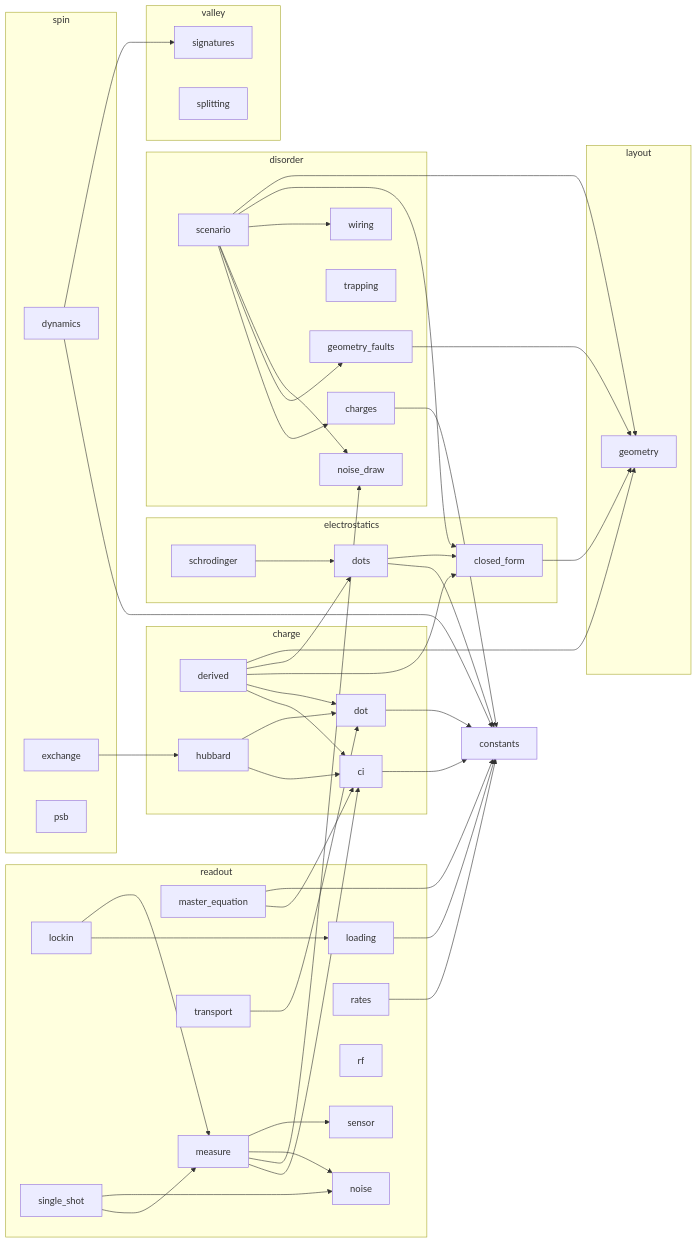
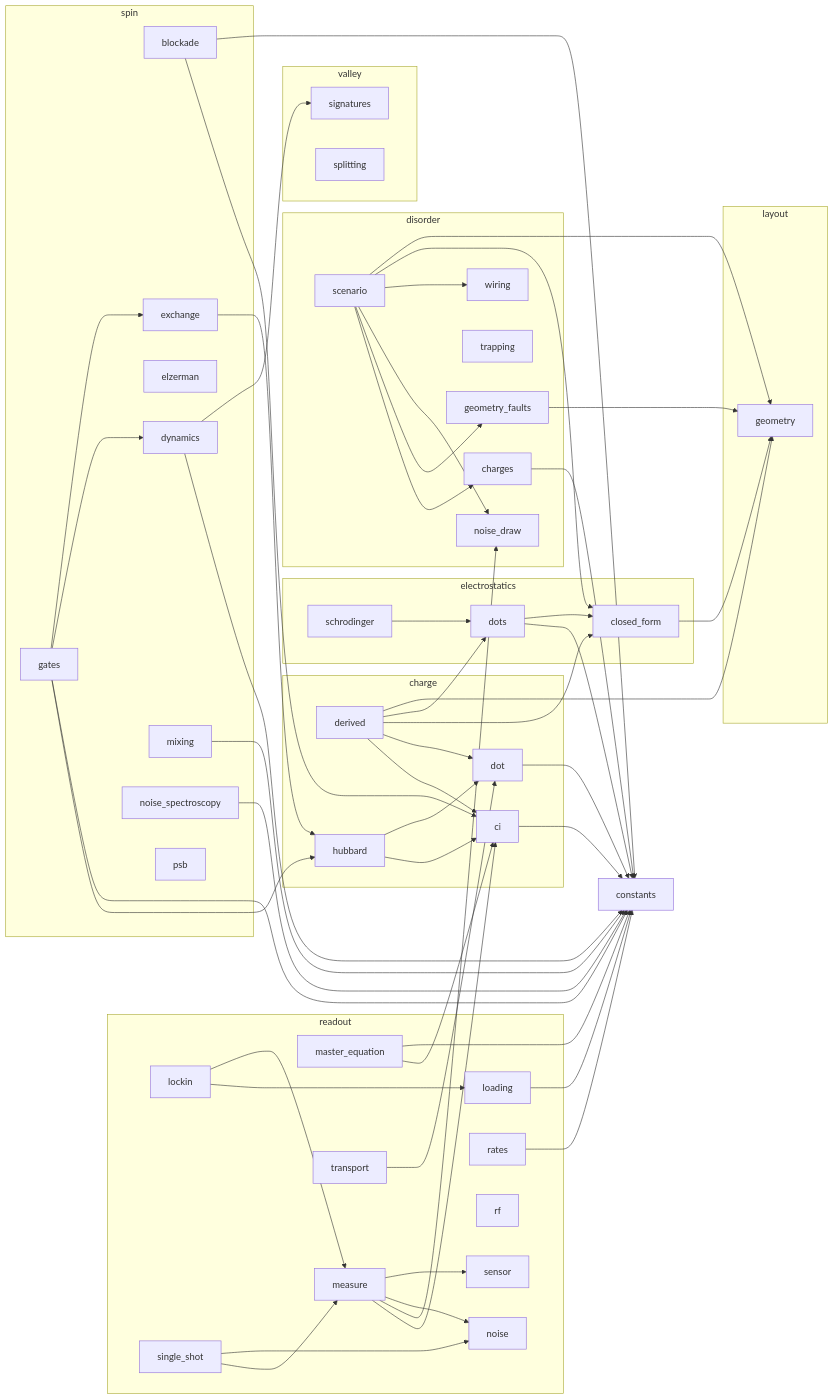
Before and after one commit to CowboyQuantum/phantom: the second of 2 diagrams in docs/MODELS.md, drawn with Mermaid. The commit also changed other lines of this file and 21 other files, not shown here.

First line of the commit message:
feat(spin): blockade transport, spin funnel, Elzerman shots, charge-noise spectroscopy, exchange-gate fidelity (Step 6, second PR)

````diff
--- a/docs/MODELS.md
+++ b/docs/MODELS.md
@@ -216,8 +234,13 @@
     readout_transport["transport"]
   end
   subgraph spin
+    spin_blockade["blockade"]
     spin_dynamics["dynamics"]
+    spin_elzerman["elzerman"]
     spin_exchange["exchange"]
+    spin_gates["gates"]
+    spin_mixing["mixing"]
+    spin_noise_spectroscopy["noise_spectroscopy"]
     spin_psb["psb"]
   end
   charge_ci --> constants
@@ -254,7 +277,15 @@
   readout_single_shot --> readout_measure
   readout_single_shot --> readout_noise
   readout_transport --> charge_dot
+  spin_blockade --> charge_ci
+  spin_blockade --> constants
   spin_dynamics --> constants
   spin_dynamics --> valley_signatures
   spin_exchange --> charge_hubbard
+  spin_gates --> charge_hubbard
+  spin_gates --> constants
+  spin_gates --> spin_dynamics
+  spin_gates --> spin_exchange
+  spin_mixing --> constants
+  spin_noise_spectroscopy --> constants
 ```
````
